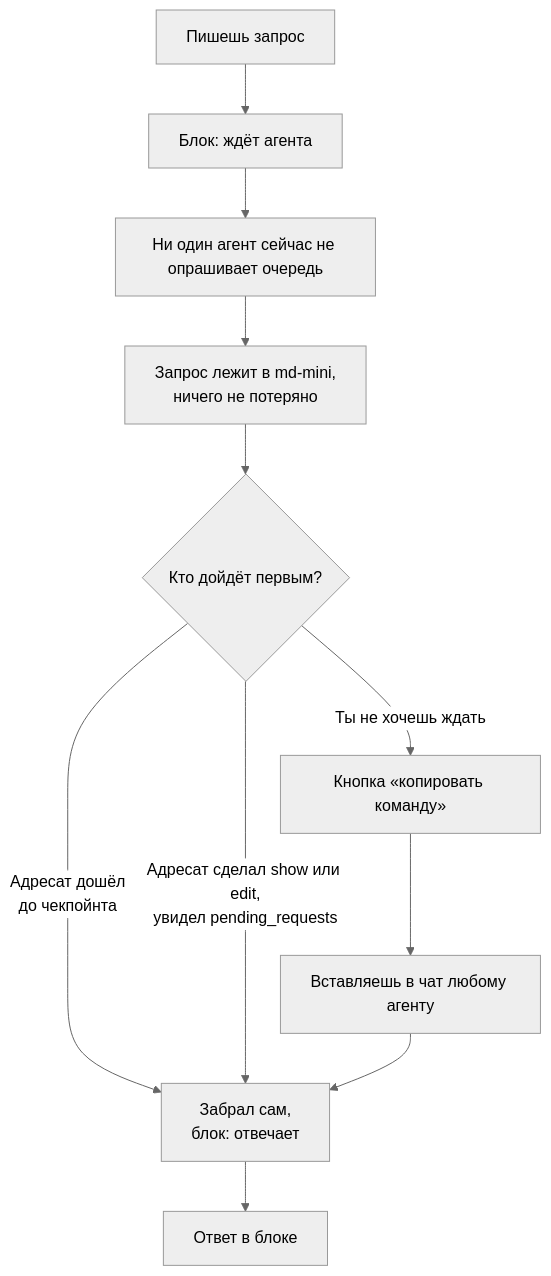
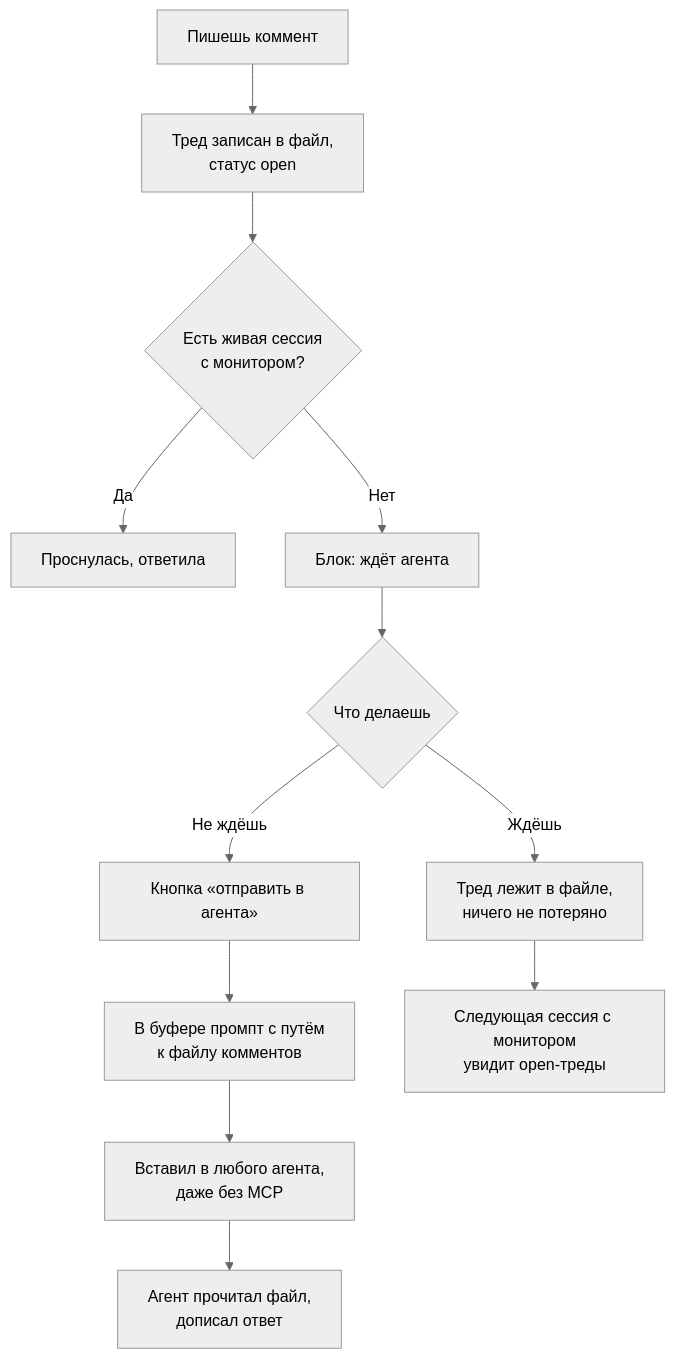
The second of 14 diagrams in docs/superpowers/specs/2026-08-23-document-requests-design.md (malinborn/mdmini), drawn with Mermaid (neutral theme) before and after one commit. The commit also changed other lines of this file, not shown here.

````diff
--- a/docs/superpowers/specs/2026-08-23-document-requests-design.md
+++ b/docs/superpowers/specs/2026-08-23-document-requests-design.md
@@ -111,13 +172,14 @@
 ```mermaid
 flowchart TD
-    A["Пишешь запрос"] --> B["Блок: ждёт агента"]
-    B --> C["Ни один агент сейчас не опрашивает очередь"]
-    C --> D["Запрос лежит в md-mini,<br/>ничего не потеряно"]
-    D --> E{"Кто дойдёт первым?"}
-    E -->|"Адресат дошёл<br/>до чекпойнта"| F["Забрал сам,<br/>блок: отвечает"]
-    E -->|"Адресат сделал show или edit,<br/>увидел pending_requests"| F
-    E -->|"Ты не хочешь ждать"| G["Кнопка «копировать команду»"]
-    G --> H["Вставляешь в чат любому агенту"]
-    H --> F
-    F --> I["Ответ в блоке"]
+    A["Пишешь коммент"] --> B["Тред записан в файл,<br/>статус open"]
+    B --> C{"Есть живая сессия<br/>с монитором?"}
+    C -->|"Да"| D["Проснулась, ответила"]
+    C -->|"Нет"| E["Блок: ждёт агента"]
+    E --> F{"Что делаешь"}
+    F -->|"Ждёшь"| G["Тред лежит в файле,<br/>ничего не потеряно"]
+    F -->|"Не ждёшь"| H["Кнопка «отправить в агента»"]
+    H --> I["В буфере промпт с путём<br/>к файлу комментов"]
+    I --> J["Вставил в любого агента,<br/>даже без MCP"]
+    J --> K["Агент прочитал файл,<br/>дописал ответ"]
+    G --> L["Следующая сессия с монитором<br/>увидит open-треды"]
 ```
````
